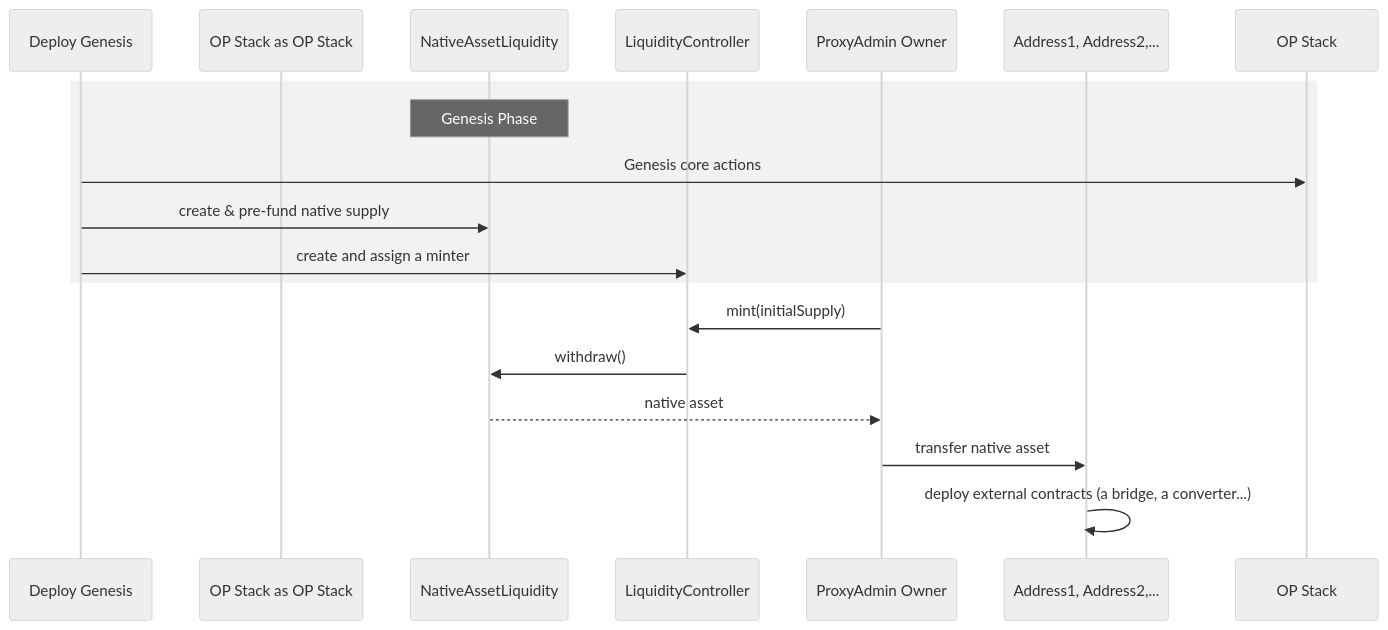
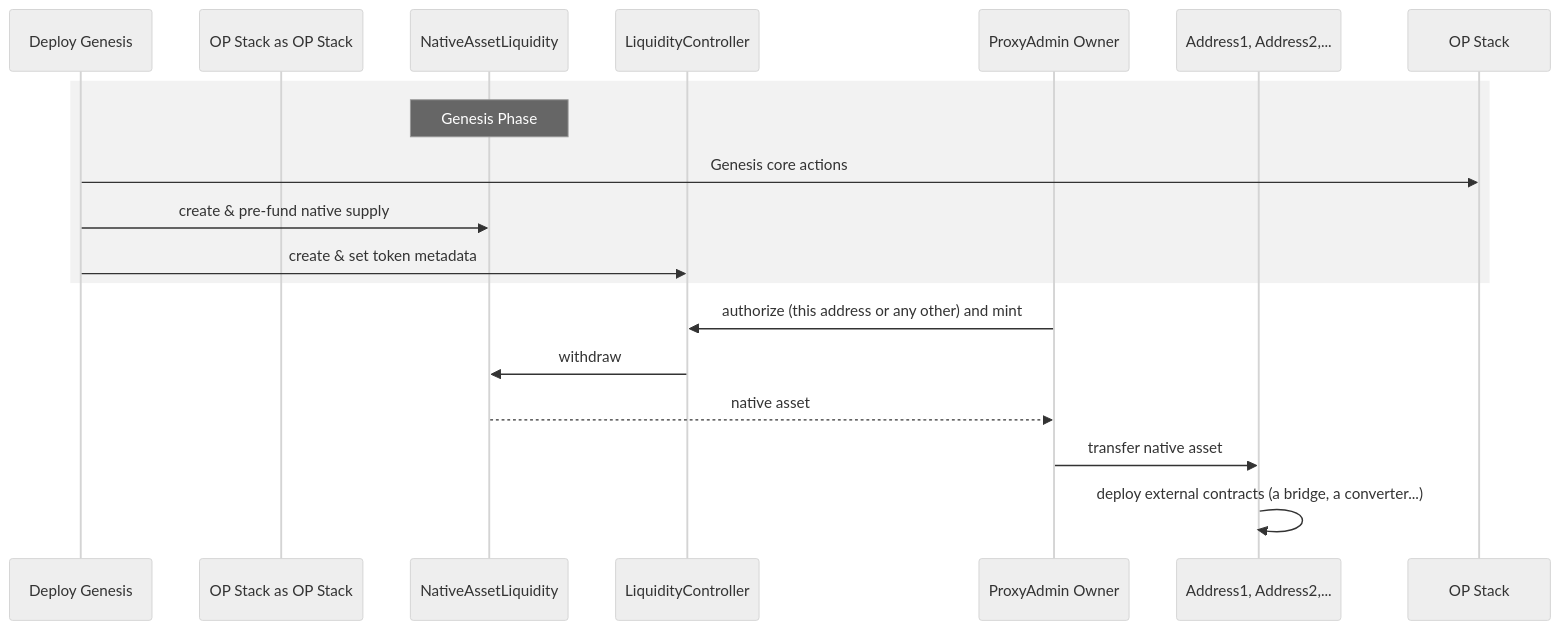
The second of 7 diagrams in protocol/custom-gas-token.md (ethereum-optimism/design-docs), drawn with Mermaid (neutral theme) before and after one commit. The commit also changed other lines of this file, not shown here.

````diff
--- a/protocol/custom-gas-token.md
+++ b/protocol/custom-gas-token.md
@@ -196,22 +200,22 @@
 ```mermaid
 sequenceDiagram
     participant Genesis   as Deploy Genesis
     participant OP Stack  as OP Stack
     participant Liquidity as NativeAssetLiquidity
     participant Controller as LiquidityController
     participant Governor  as ProxyAdmin Owner
     participant Deployer  as Address1, Address2,...
 
     rect rgba(128, 128, 128, 0.1)
 		note over Liquidity: Genesis Phase
     Genesis->>OP Stack: Genesis core actions
     Genesis->>Liquidity: create & pre-fund native supply
-    Genesis->>Controller: create and assign a minter
+    Genesis->>Controller: create & set token metadata
     end
-    Governor->>Controller: mint(initialSupply)
-    Controller->>Liquidity: withdraw()
+    Governor->>Controller: authorize (this address or any other) and mint
+    Controller->>Liquidity: withdraw
     Liquidity-->>Governor: native asset
     Governor->>Deployer: transfer native asset
     Deployer->>Deployer: deploy external contracts (a bridge, a converter...)
 
 ```
````
